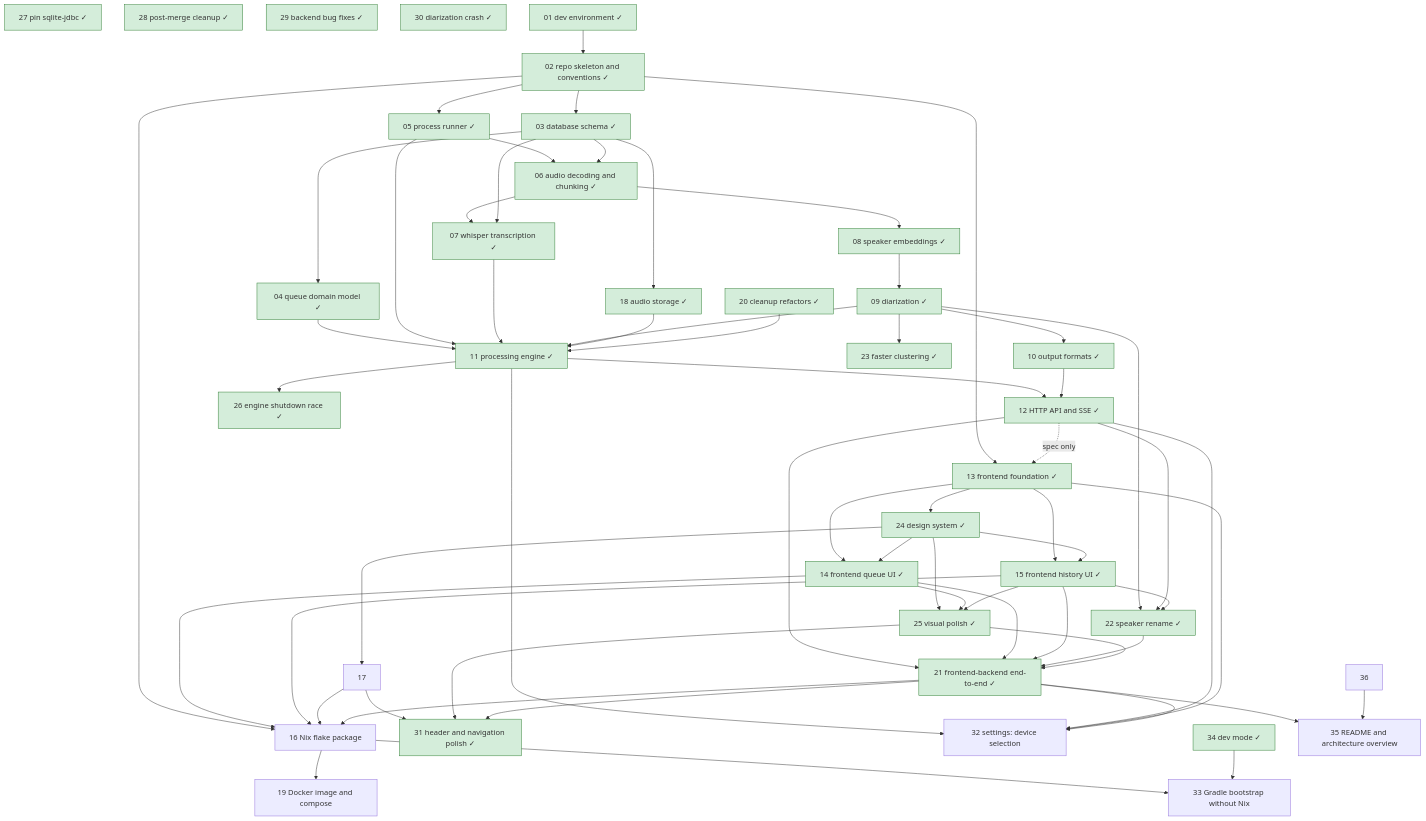
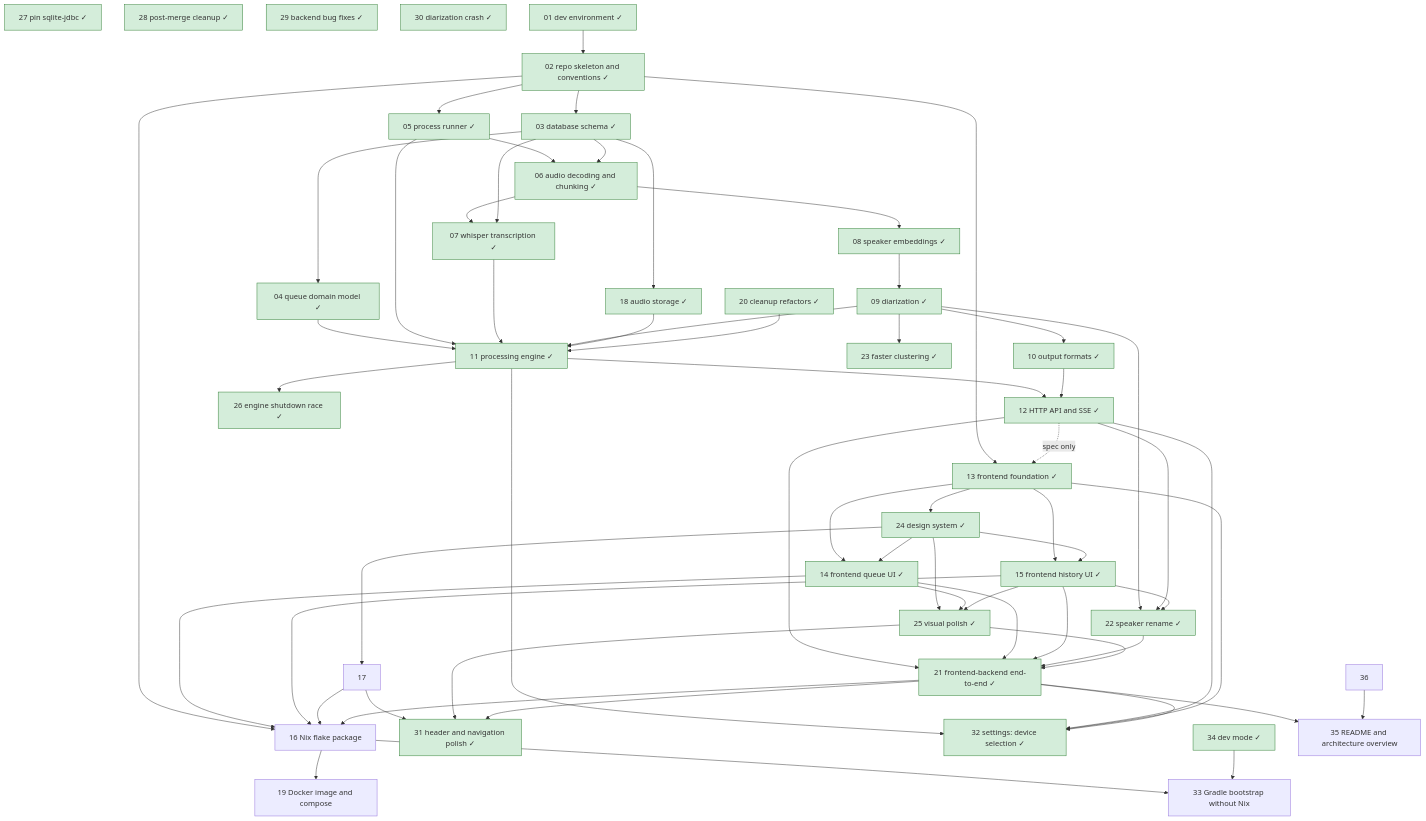
The diagram in roadmap/README.md (lulu-berlin/speech-to-text-app), drawn with Mermaid before and after one commit. The commit also changed other lines of this file and 1 other file, not shown here.

Commit message:
Item 32: spec to docs/specs/settings-page.md; README done

````diff
--- a/roadmap/README.md
+++ b/roadmap/README.md
@@ -17,68 +17,68 @@
 ```mermaid
 graph TD
   01[01 dev environment ✓]:::done --> 02[02 repo skeleton and conventions ✓]:::done
   02 --> 03[03 database schema ✓]:::done
   03 --> 04[04 queue domain model ✓]:::done
   02 --> 05[05 process runner ✓]:::done
   05 --> 06[06 audio decoding and chunking ✓]:::done
   03 --> 06
   06 --> 07[07 whisper transcription ✓]:::done
   03 --> 07
   06 --> 08[08 speaker embeddings ✓]:::done
   08 --> 09[09 diarization ✓]:::done
   09 --> 10[10 output formats ✓]:::done
   04 --> 11[11 processing engine ✓]:::done
   05 --> 11
   07 --> 11
   09 --> 11
   03 --> 18[18 audio storage ✓]:::done
   18 --> 11
   20 --> 11
   11 --> 12[12 HTTP API and SSE ✓]:::done
   10 --> 12
   02 --> 13[13 frontend foundation ✓]:::done
   12 -. spec only .-> 13
   13 --> 14[14 frontend queue UI ✓]:::done
   13 --> 15[15 frontend history UI ✓]:::done
   02 --> 16[16 Nix flake package]
   14 --> 16
   15 --> 16
   17 --> 16
   20[20 cleanup refactors ✓]:::done
   12 --> 21[21 frontend-backend end-to-end ✓]:::done
   14 --> 21
   15 --> 21
   22 --> 21
   25 --> 21
   16 --> 19[19 Docker image and compose]
   21 --> 16
   09 --> 22[22 speaker rename ✓]:::done
   12 --> 22
   15 --> 22
   09 --> 23[23 faster clustering ✓]:::done
   13 --> 24[24 design system ✓]:::done
   24 --> 14
   24 --> 15
   24 --> 17
   24 --> 25[25 visual polish ✓]:::done
   14 --> 25
   15 --> 25
   11 --> 26[26 engine shutdown race ✓]:::done
   27[27 pin sqlite-jdbc ✓]:::done
   28[28 post-merge cleanup ✓]:::done
   29[29 backend bug fixes ✓]:::done
   30[30 diarization crash ✓]:::done
   17 --> 31[31 header and navigation polish ✓]:::done
   25 --> 31
   21 --> 31
-  11 --> 32[32 settings: device selection]
+  11 --> 32[32 settings: device selection ✓]:::done
   12 --> 32
   13 --> 32
   21 --> 32
   16 --> 33[33 Gradle bootstrap without Nix]
   34 --> 33
   34[34 dev mode ✓]:::done
   21 --> 35[35 README and architecture overview]
   36 --> 35[35 README and architecture overview]
   classDef done fill:#d4edda,stroke:#2e7d32
 ```
````
